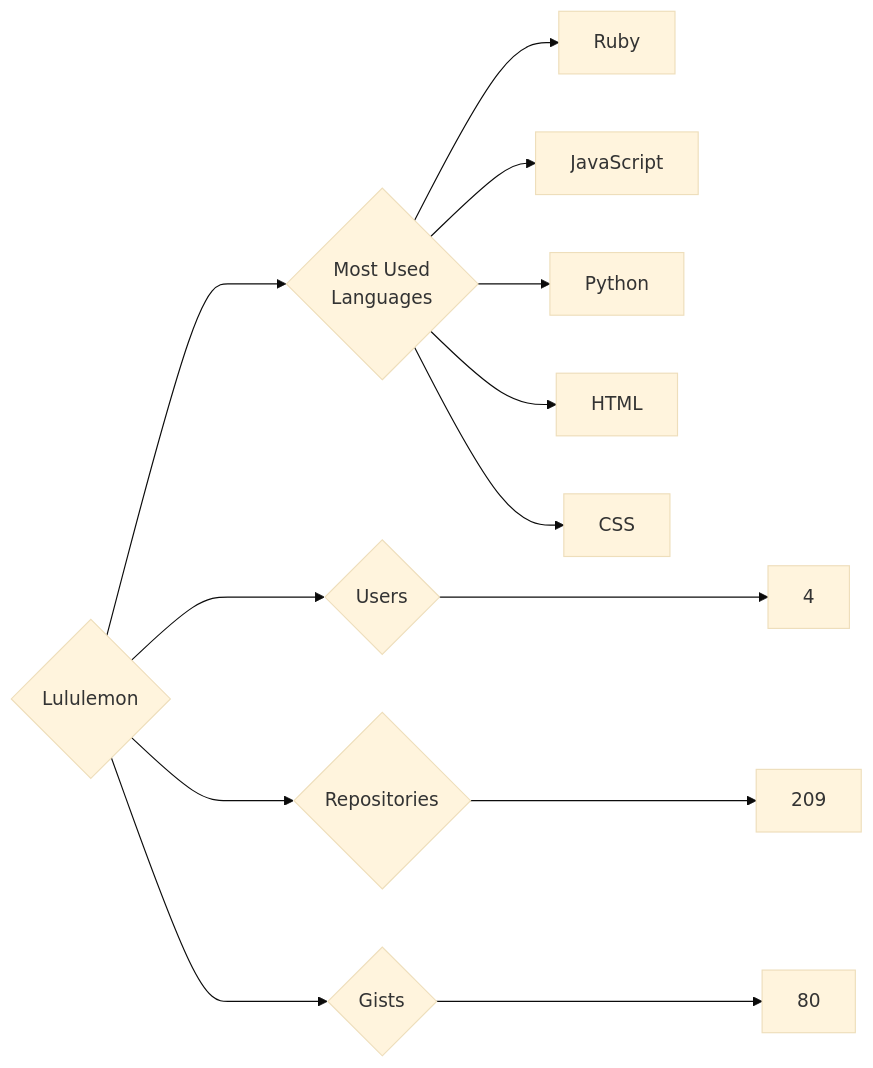
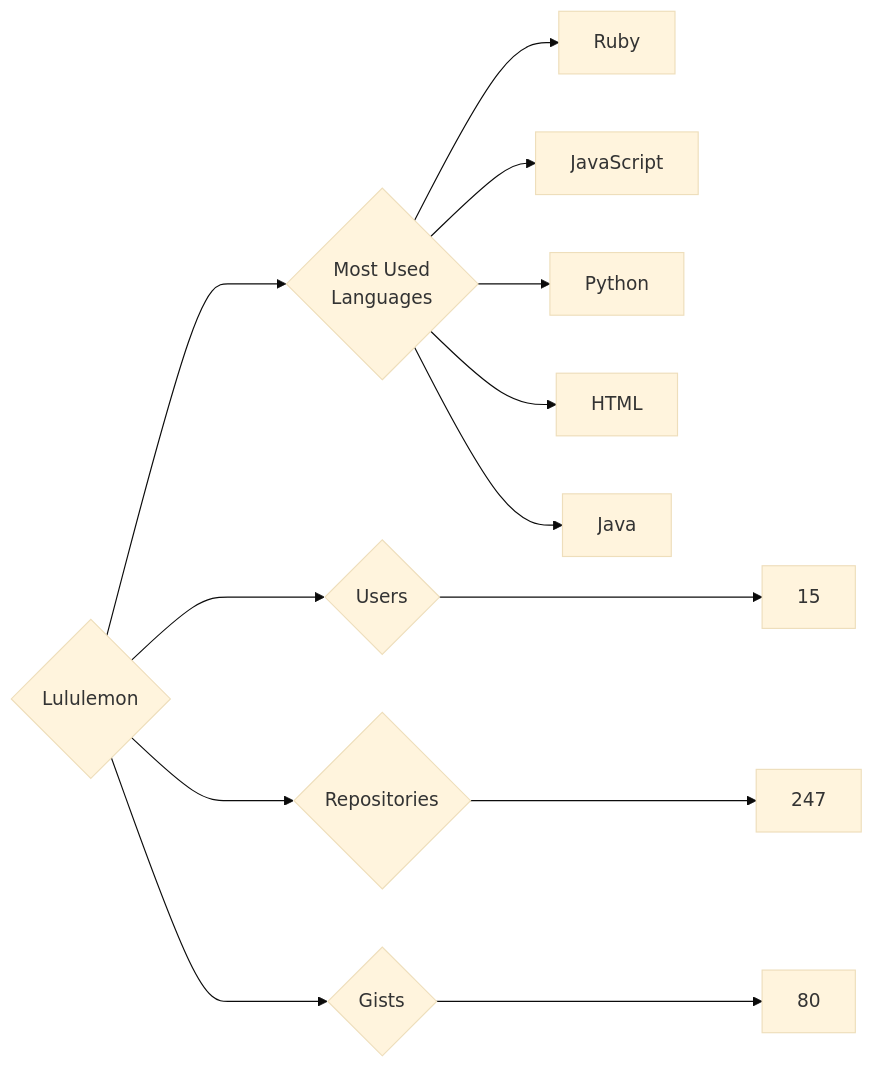
Before and after one commit to trickest/insiders: the diagram in targets/Lululemon/README.md, drawn with Mermaid (base theme). The commit also changed 1696 other files, not shown here.

````diff
--- a/targets/Lululemon/README.md
+++ b/targets/Lululemon/README.md
@@ -3,13 +3,13 @@
 ```mermaid
 graph LR
 COMPANY_NAME{Lululemon}
-COMPANY_NAME ---> U{Users} ---> UN[4]
-COMPANY_NAME ---> R{Repositories} ---> RN[209]
+COMPANY_NAME ---> U{Users} ---> UN[15]
+COMPANY_NAME ---> R{Repositories} ---> RN[247]
 COMPANY_NAME ---> G{Gists} ---> GN[80]
 COMPANY_NAME ---> ML{Most Used<br>Languages}
 ML --> Ruby[Ruby]
 ML --> JavaScript[JavaScript]
 ML --> Python[Python]
 ML --> HTML[HTML]
-ML --> CSS[CSS]
+ML --> Java[Java]
 ```
````
